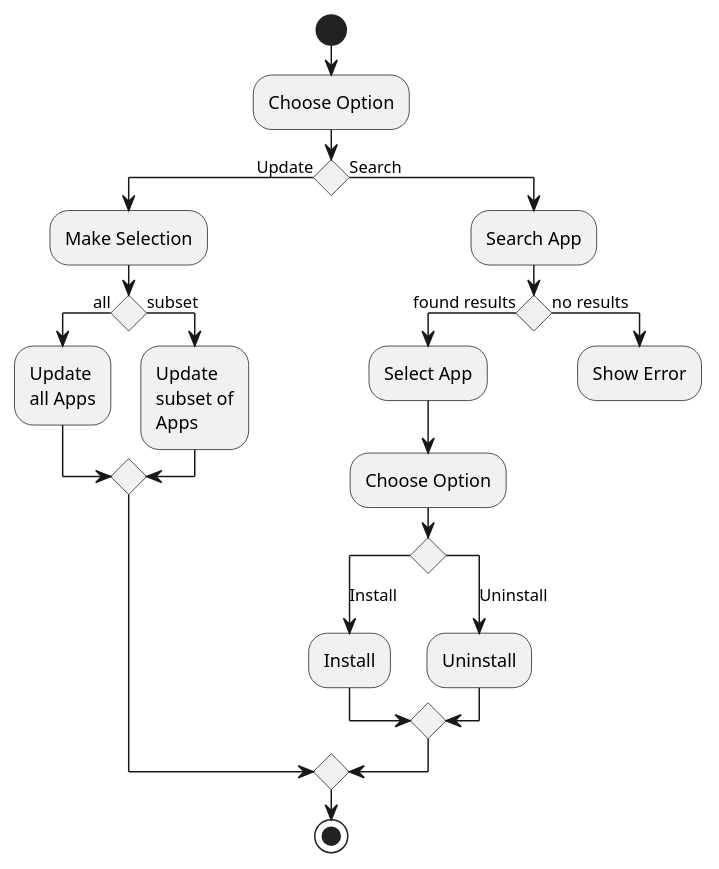
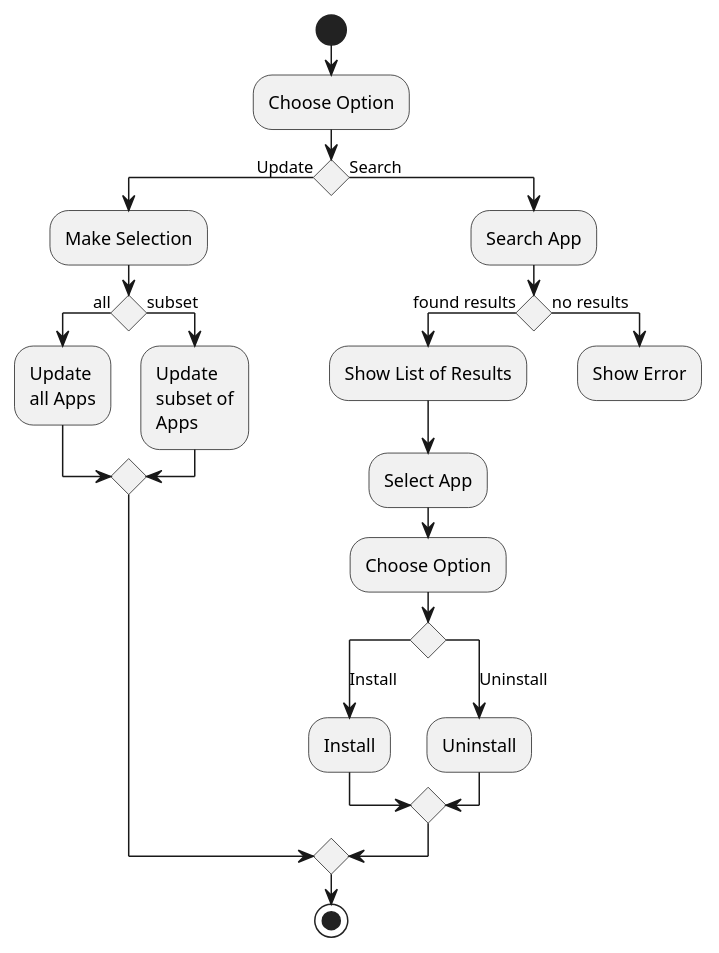
One commit to notfirefox/swea-project changed the diagram in src/appstore_activity.puml. Above: the diagram before and after it, drawn with PlantUML.

Commit message:
Update activity diagram

```diff
--- a/src/appstore_activity.puml
+++ b/src/appstore_activity.puml
@@ -1,36 +1,37 @@
 @startuml
 
 start
 
 :Choose Option;
 if () is (Update) then
   :Make Selection;
   if () then (all)
     :Update
     all Apps;
   else (subset)
     :Update
     subset of
     Apps;
   endif
 else (Search)
     :Search App;
 
     if () then (found results)
+        :Show List of Results;
         :Select App;
         :Choose Option;
         switch ()
         case (Install)
         :Install;
         case (Uninstall)
         :Uninstall;
         endswitch
     else (no results)
         :Show Error;
         detach
     endif
 endif
 
 stop
 
 @enduml
```
